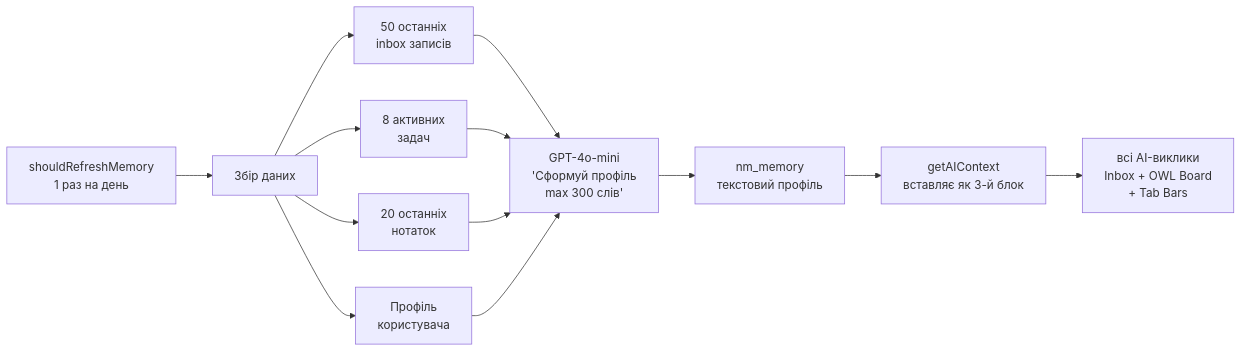
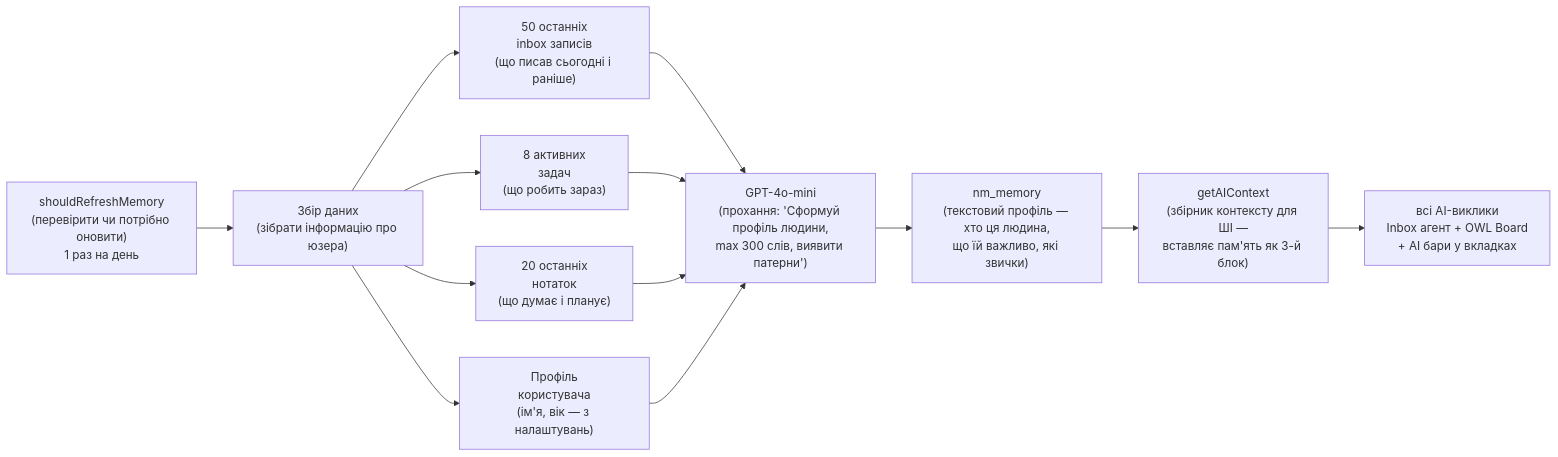
The fifth of 6 diagrams in docs/ARCHITECTURE.md (OWLs68/NeverMind), drawn with Mermaid before and after one commit. The commit also changed other lines of this file, not shown here.

````diff
--- a/docs/ARCHITECTURE.md
+++ b/docs/ARCHITECTURE.md
@@ -194,13 +211,13 @@
 ```mermaid
 flowchart LR
-    TRIG[shouldRefreshMemory\n1 раз на день] --> COL[Збір даних]
-    COL --> I50[50 останніх\ninbox записів]
-    COL --> T8[8 активних\nзадач]
-    COL --> N20[20 останніх\nнотаток]
-    COL --> PR[Профіль\nкористувача]
+    TRIG["shouldRefreshMemory\n(перевірити чи потрібно оновити)\n1 раз на день"] --> COL["Збір даних\n(зібрати інформацію про юзера)"]
+    COL --> I50["50 останніх\ninbox записів\n(що писав сьогодні і раніше)"]
+    COL --> T8["8 активних\nзадач\n(що робить зараз)"]
+    COL --> N20["20 останніх\nнотаток\n(що думає і планує)"]
+    COL --> PR["Профіль\nкористувача\n(ім'я, вік — з налаштувань)"]
 
-    I50 & T8 & N20 & PR --> AI[GPT-4o-mini\n'Сформуй профіль\nmax 300 слів']
-    AI --> MEM[nm_memory\nтекстовий профіль]
-    MEM --> CTX[getAIContext\nвставляє як 3-й блок]
-    CTX --> ALL[всі AI-виклики\nInbox + OWL Board\n+ Tab Bars]
+    I50 & T8 & N20 & PR --> AI["GPT-4o-mini\n(прохання: 'Сформуй профіль людини,\nmax 300 слів, виявити патерни')"]
+    AI --> MEM["nm_memory\n(текстовий профіль — хто ця людина,\nщо їй важливо, які звички)"]
+    MEM --> CTX["getAIContext\n(збірник контексту для ШІ —\nвставляє пам'ять як 3-й блок)"]
+    CTX --> ALL["всі AI-виклики\nInbox агент + OWL Board\n+ AI бари у вкладках"]
 ```
````
